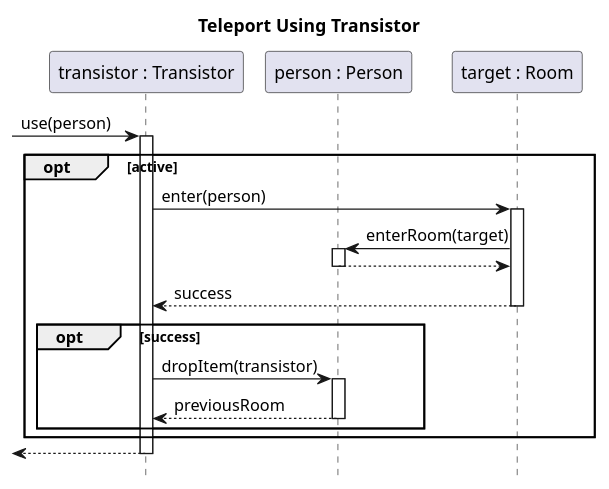
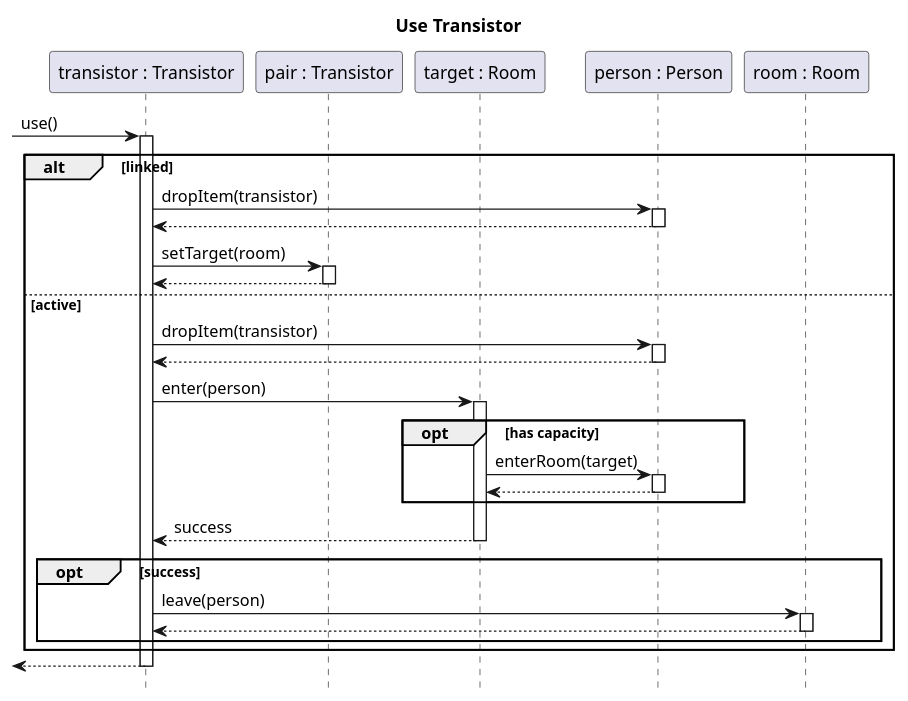
Before and after one commit to sn4k3ch4rm3r/logarlec: the diagram in docs/diagrams/sequence/transistor-use.puml, drawn with PlantUML. The commit also changed 2 other files, not shown here.

```diff
--- a/docs/diagrams/sequence/transistor-use.puml
+++ b/docs/diagrams/sequence/transistor-use.puml
@@ -1,24 +1,35 @@
 @startuml transistor-use
 
-title Teleport Using Transistor
+title Use Transistor
 hide footbox
 autoactivate on
 
 participant "transistor : Transistor" as transistor
-participant "person : Person" as p
+participant "pair : Transistor" as tr2
 participant "target : Room" as target
+participant "person : Person" as person
+participant "room : Room" as room
 
-[-> transistor : use(person)
-	opt active
+[-> transistor : use()
+	alt linked
+		transistor -> person : dropItem(transistor)
+		return
+		transistor -> tr2 : setTarget(room)
+		return
+	else active
+		transistor -> person : dropItem(transistor)
+		return
 		transistor -> target : enter(person)
-		target -> p : enterRoom(target)
-		return
+		opt has capacity
+			target -> person : enterRoom(target)
+			return
+		end
 		return success
 		opt success
-			transistor -> p : dropItem(transistor)
-			return previousRoom
+			transistor -> room ++: leave(person)
+			return
 		end
 	end
 return
 
 @enduml
```
